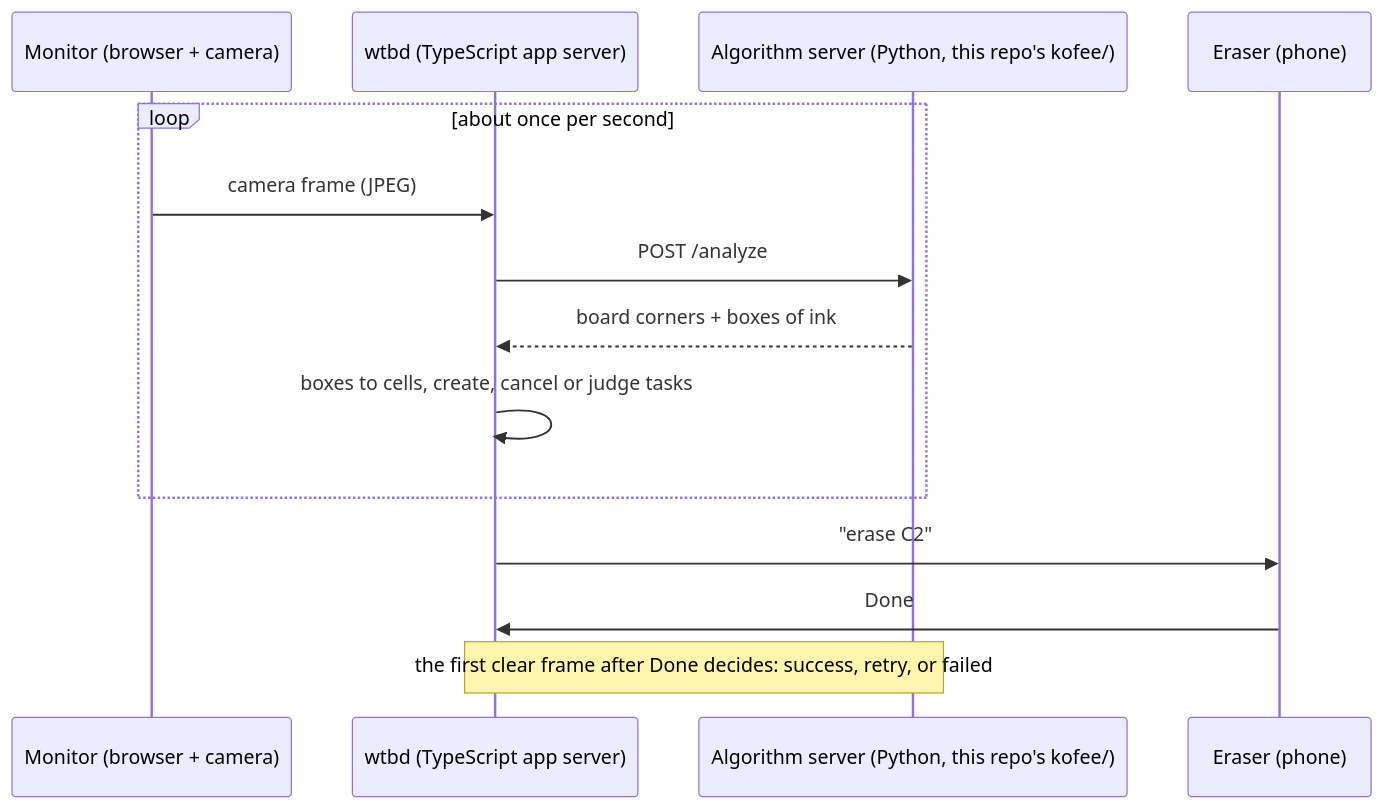
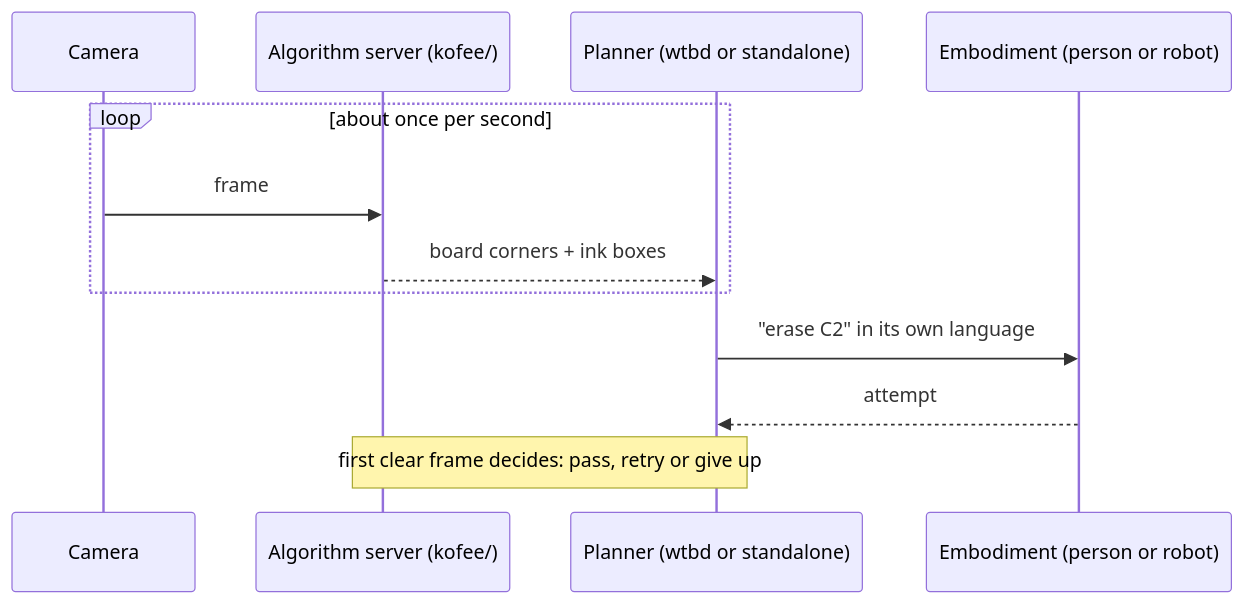
The diagram in README.md (promaaa/kofee), drawn with Mermaid before and after one commit. The commit also changed other lines of this file and 3 other files, not shown here.

````diff
--- a/README.md
+++ b/README.md
@@ -25,16 +40,14 @@
 ```mermaid
 sequenceDiagram
-    participant M as Monitor (browser + camera)
-    participant W as wtbd (TypeScript app server)
-    participant A as Algorithm server (Python, this repo's kofee/)
-    participant E as Eraser (phone)
+    participant C as Camera
+    participant A as Algorithm server (kofee/)
+    participant P as Planner (wtbd or standalone)
+    participant E as Embodiment (person or robot)
     loop about once per second
-        M->>W: camera frame (JPEG)
-        W->>A: POST /analyze
-        A-->>W: board corners + boxes of ink
-        W->>W: boxes to cells, create, cancel or judge tasks
+        C->>A: frame
+        A-->>P: board corners + ink boxes
     end
-    W->>E: "erase C2"
-    E->>W: Done
-    Note over W,A: the first clear frame after Done decides: success, retry, or failed
+    P->>E: "erase C2" in its own language
+    E-->>P: attempt
+    Note over A,P: first clear frame decides: pass, retry or give up
 ```
````
